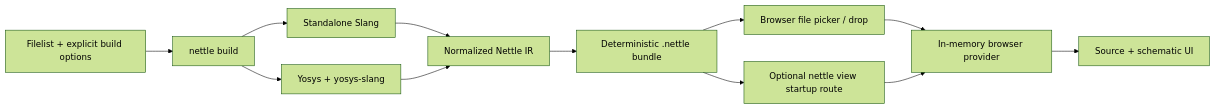
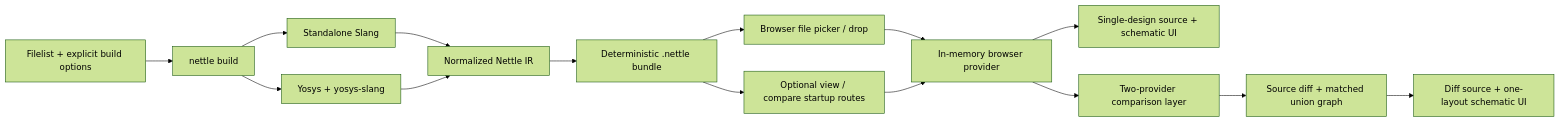
One commit to xlsynth/nettle changed the diagram in ARCHITECTURE.md. Above: the diagram before and after it, drawn with Mermaid (forest theme). The commit also changed other lines of this file and 93 other files, not shown here.

First line of the commit message:
[viewer] Add schematic diff mode (#1)

````diff
--- a/ARCHITECTURE.md
+++ b/ARCHITECTURE.md
@@ -9,14 +9,17 @@
 ```mermaid
 flowchart LR
     F["Filelist + explicit build options"] --> B["nettle build"]
     B --> S["Standalone Slang"]
     B --> Y["Yosys + yosys-slang"]
     S --> I["Normalized Nettle IR"]
     Y --> I
     I --> N["Deterministic .nettle bundle"]
     N --> P["Browser file picker / drop"]
-    N --> H["Optional nettle view startup route"]
+    N --> H["Optional view / compare startup routes"]
     P --> V["In-memory browser provider"]
     H --> V
-    V --> U["Source + schematic UI"]
+    V --> U["Single-design source + schematic UI"]
+    V --> C["Two-provider comparison layer"]
+    C --> D["Source diff + matched union graph"]
+    D --> U2["Diff source + one-layout schematic UI"]
 ```
````
